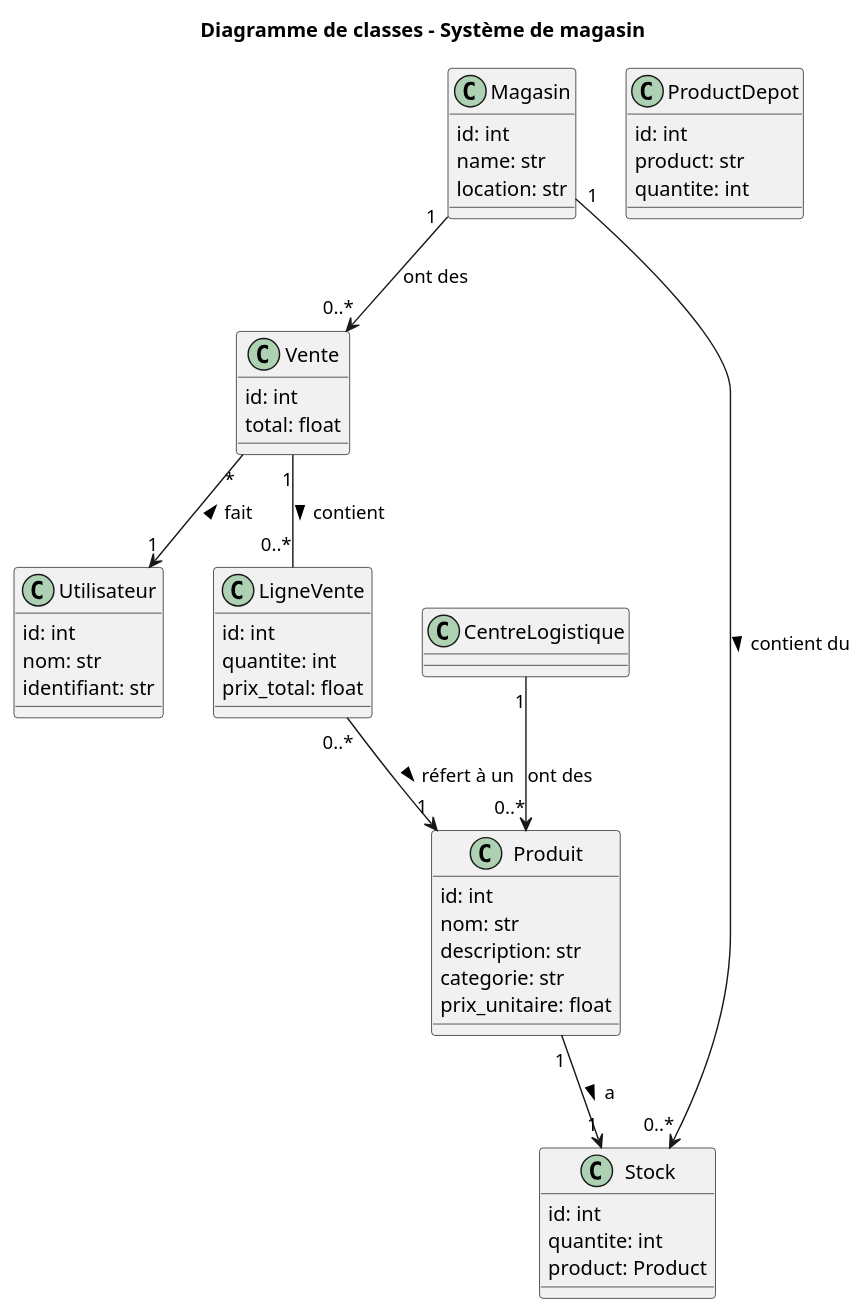
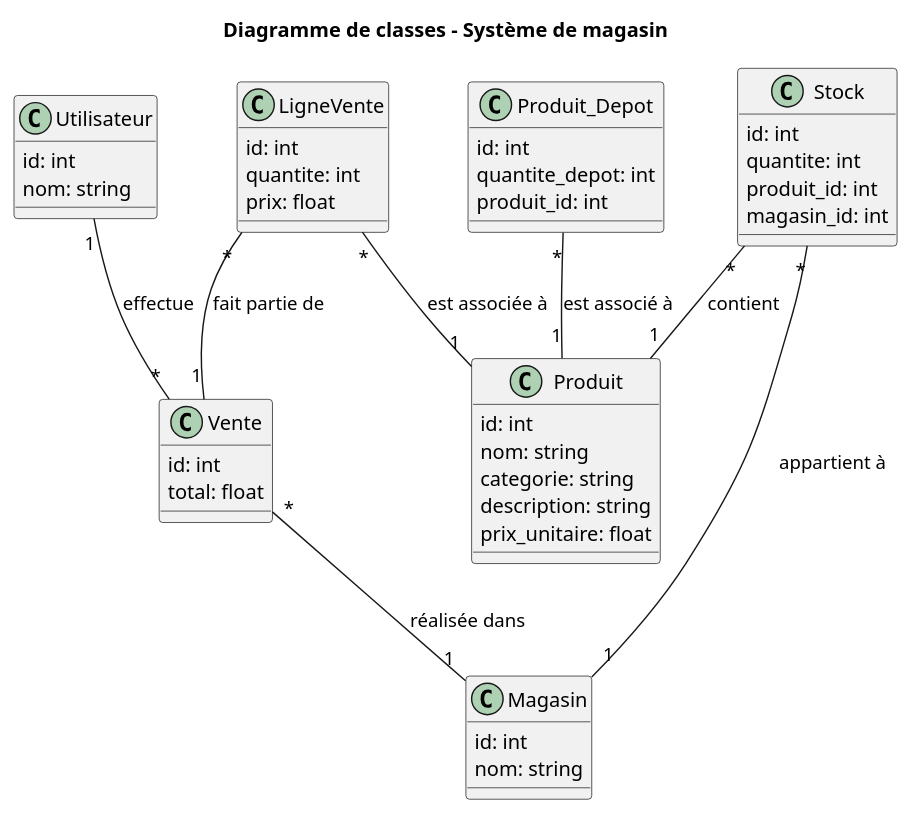
The diagram in docs/diagrams/class_diagram.puml (LojanArunasalam/LOG430-Lab2), drawn with PlantUML before and after one commit. The commit also changed 17 other files, not shown here.

```diff
--- a/docs/diagrams/class_diagram.puml
+++ b/docs/diagrams/class_diagram.puml
@@ -1,56 +1,56 @@
 @startuml
 
 title Diagramme de classes - Système de magasin
 
 class Produit {
   id: int
-  nom: str
-  description: str
-  categorie: str
+  nom: string
+  categorie: string
+  description: string
   prix_unitaire: float
 }
 
 class Vente {
   id: int
   total: float
 }
 
 class LigneVente {
   id: int
   quantite: int
-  prix_total: float
+  prix: float
 }
 
 class Utilisateur {
   id: int
-  nom: str
-  identifiant: str
+  nom: string
 }
 
 class Stock { 
   id: int 
   quantite: int
-  product: Product
+  produit_id: int
+  magasin_id: int
 }
 
 class Magasin { 
   id: int
-  name: str
-  location: str
+  nom: string
 }
 
-class ProductDepot { 
+class Produit_Depot { 
   id: int
-  product: str
-  quantite: int
+  quantite_depot: int
+  produit_id: int
 }
 
 ' Relations entre classes
-Vente "1" -- "0..*" LigneVente : contient >
-LigneVente "0..*" --> "1" Produit : réfert à un >
-Vente "*" --> "1" Utilisateur : < fait
-Produit "1" --> "1" Stock : a > 
-Magasin "1" --> "0..*" Stock: contient du > 
-Magasin "1"--> "0..*" Vente : ont des
-CentreLogistique "1" --> "0..*" Produit: ont des
+LigneVente "*" -- "1" Produit: est associée à
+LigneVente "*" -- "1" Vente: fait partie de
+Stock "*" -- "1" Produit: contient
+Stock "*" -- "1" Magasin: appartient à
+Vente "*" -- "1" Magasin: réalisée dans
+Utilisateur "1" -- "*" Vente: effectue
+Produit_Depot "*" -- "1" Produit: est associé à
+
 @enduml
```
